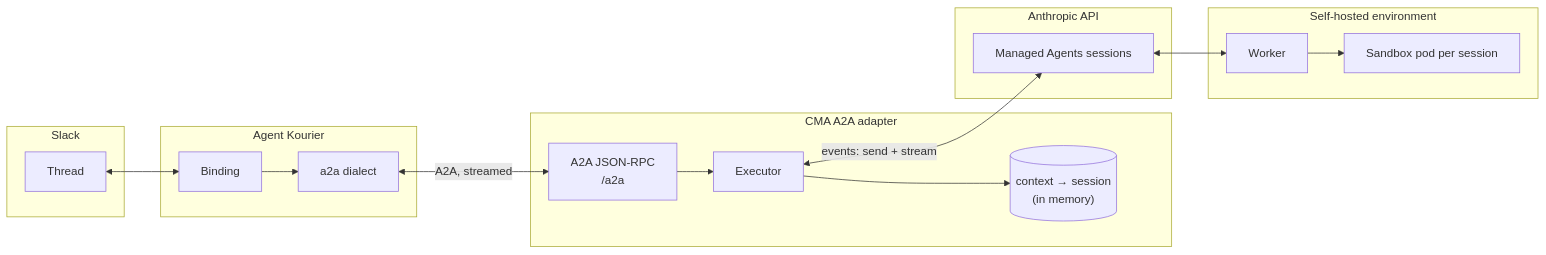
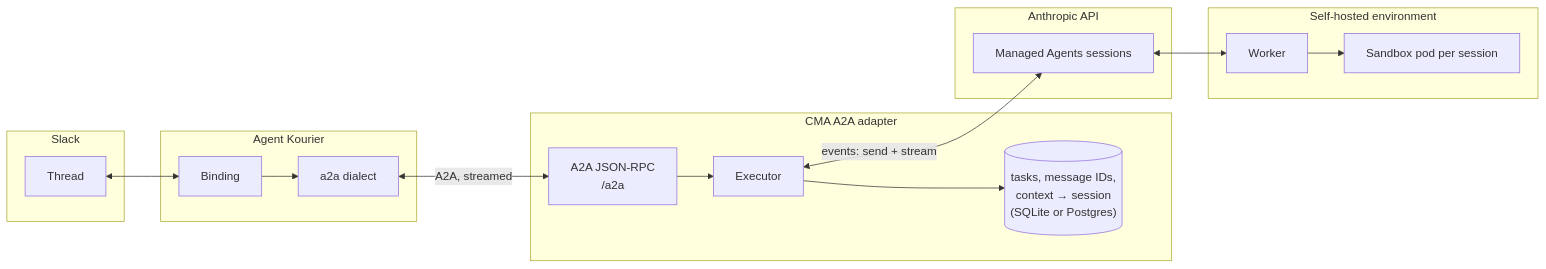
The first of 2 diagrams in addons/cma/README.md (agentkourier/agent-kourier), drawn with Mermaid before and after one commit. The commit also changed other lines of this file and 2 other files, not shown here.

````diff
--- a/addons/cma/README.md
+++ b/addons/cma/README.md
@@ -12,24 +12,24 @@
 ```mermaid
 flowchart LR
   subgraph slack[Slack]
     thread[Thread]
   end
   subgraph kourier[Agent Kourier]
     binding[Binding] --> dialect["a2a dialect"]
   end
   subgraph adapter[CMA A2A adapter]
     a2a["A2A JSON-RPC<br/>/a2a"] --> exec[Executor]
-    exec --> map[("context → session<br/>(in memory)")]
+    exec --> map[("tasks, message IDs,<br/>context → session<br/>(SQLite or Postgres)")]
   end
   subgraph anthropic[Anthropic API]
     sessions[Managed Agents sessions]
   end
   subgraph env[Self-hosted environment]
     worker[Worker] --> sandbox[Sandbox pod per session]
   end
 
   thread <--> binding
   dialect <-- "A2A, streamed" --> a2a
   exec <-- "events: send + stream" --> sessions
   sessions <--> worker
 ```
````
